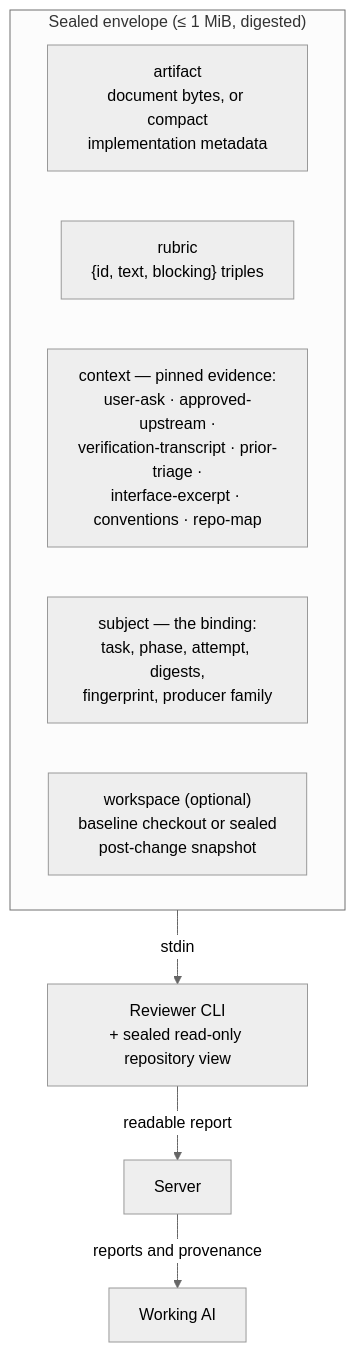
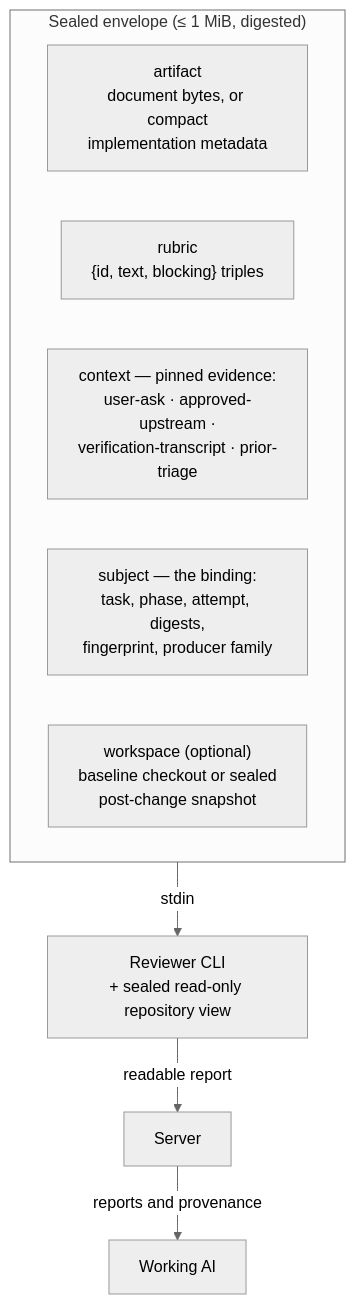
One commit to Aroton/ArchflowV2 changed the first of 2 diagrams in docs/review/COUNTER-REVIEW.md. Above: the diagram before and after it, drawn with Mermaid (neutral theme). The commit also changed other lines of this file and 15 other files, not shown here.

````diff
--- a/docs/review/COUNTER-REVIEW.md
+++ b/docs/review/COUNTER-REVIEW.md
@@ -30,13 +30,13 @@
 ```mermaid
 flowchart TB
     subgraph ENV["Sealed envelope (≤ 1 MiB, digested)"]
         A["artifact<br/>document bytes, or compact<br/>implementation metadata"]
         R["rubric<br/>{id, text, blocking} triples"]
-        C["context — pinned evidence:<br/>user-ask · approved-upstream ·<br/>verification-transcript · prior-triage ·<br/>interface-excerpt · conventions · repo-map"]
+        C["context — pinned evidence:<br/>user-ask · approved-upstream ·<br/>verification-transcript · prior-triage"]
         S["subject — the binding:<br/>task, phase, attempt, digests,<br/>fingerprint, producer family"]
         W["workspace (optional)<br/>baseline checkout or sealed<br/>post-change snapshot"]
     end
     ENV -->|stdin| Child["Reviewer CLI<br/>+ sealed read-only repository view"]
     Child -->|readable report| Server
     Server -->|reports and provenance| Producer[Working AI]
 ```
````
